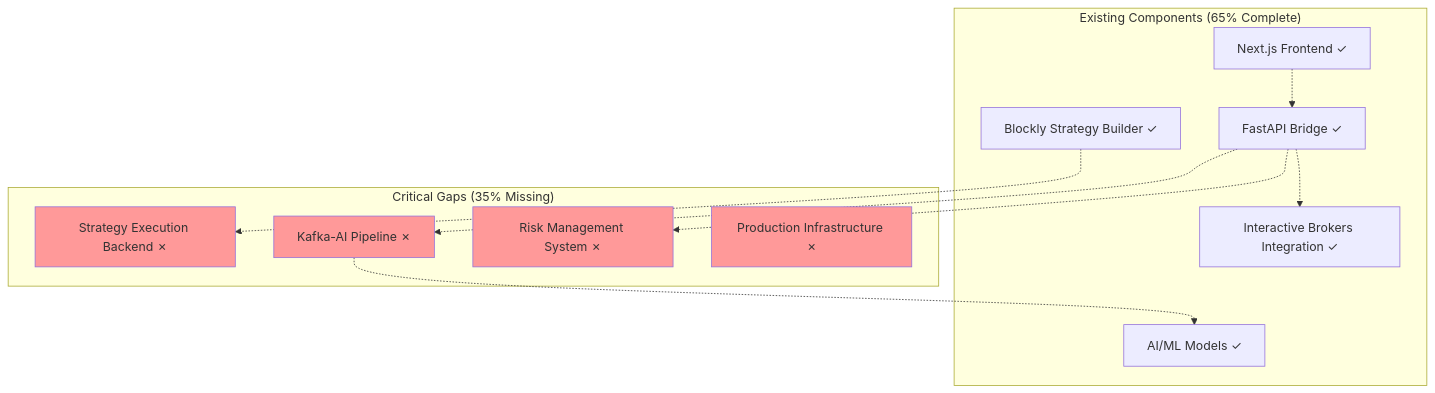
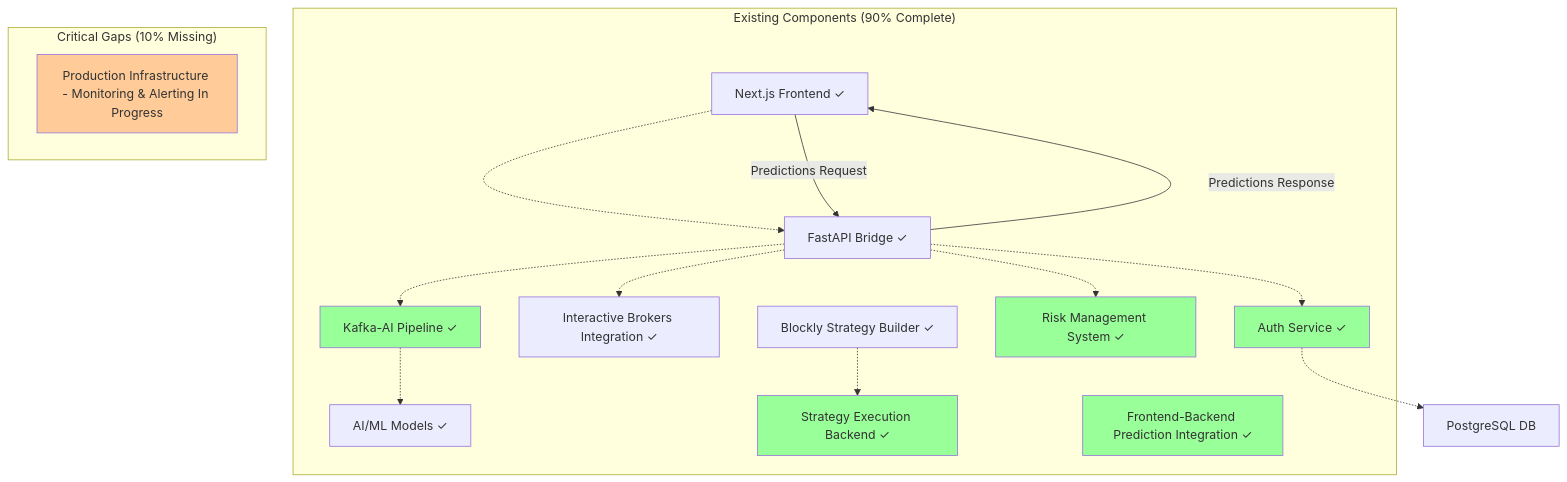
One commit to vincentspereira/Algorithmic-Trading-System changed the second of 6 diagrams in docs/4-WEEK_SPRINT_IMPLEMENTATION_PLAN.md. Above: the diagram before and after it, drawn with Mermaid. The commit also changed other lines of this file and 59 other files, not shown here.

````diff
--- a/docs/4-WEEK_SPRINT_IMPLEMENTATION_PLAN.md
+++ b/docs/4-WEEK_SPRINT_IMPLEMENTATION_PLAN.md
@@ -49,29 +47,37 @@
 ```mermaid
 graph TD
-    subgraph "Existing Components (65% Complete)"
+    subgraph "Existing Components (90% Complete)"
         UI[Next.js Frontend ✓]
         Blockly[Blockly Strategy Builder ✓]
         FastAPI[FastAPI Bridge ✓]
         AI[AI/ML Models ✓]
         IB[Interactive Brokers Integration ✓]
+        KafkaGap[Kafka-AI Pipeline ✓]
+        RiskGap[Risk Management System ✓]
+        StrategyGap[Strategy Execution Backend ✓]
+        AuthService[Auth Service ✓]
+        PredictionIntegration[Frontend-Backend Prediction Integration ✓]
     end
     
-    subgraph "Critical Gaps (35% Missing)"
-        KafkaGap[Kafka-AI Pipeline ✗]
-        RiskGap[Risk Management System ✗]
-        StrategyGap[Strategy Execution Backend ✗]
-        InfraGap[Production Infrastructure ✗]
+    subgraph "Critical Gaps (10% Missing)"
+        InfraGap[Production Infrastructure - Monitoring & Alerting In Progress]
     end
     
     UI -.-> FastAPI
     FastAPI -.-> KafkaGap
     KafkaGap -.-> AI
     FastAPI -.-> RiskGap
     FastAPI -.-> IB
     Blockly -.-> StrategyGap
+    FastAPI -.-> AuthService
+    AuthService -.-> DB[PostgreSQL DB]
+    UI -- Predictions Request --> FastAPI
+    FastAPI -- Predictions Response --> UI
     
-    style KafkaGap fill:#ff9999
-    style RiskGap fill:#ff9999
-    style StrategyGap fill:#ff9999
-    style InfraGap fill:#ff9999
+    style KafkaGap fill:#99ff99
+    style RiskGap fill:#99ff99
+    style StrategyGap fill:#99ff99
+    style AuthService fill:#99ff99
+    style PredictionIntegration fill:#99ff99
+    style InfraGap fill:#ffcc99
 ```
````
